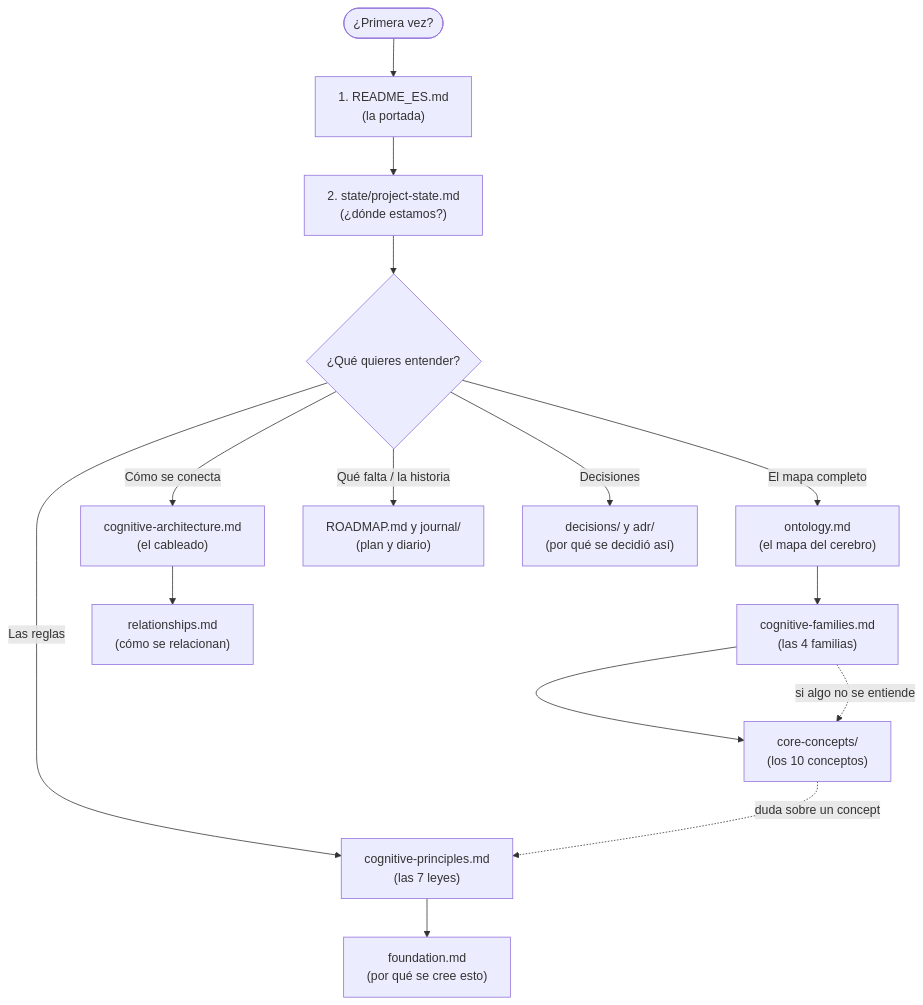
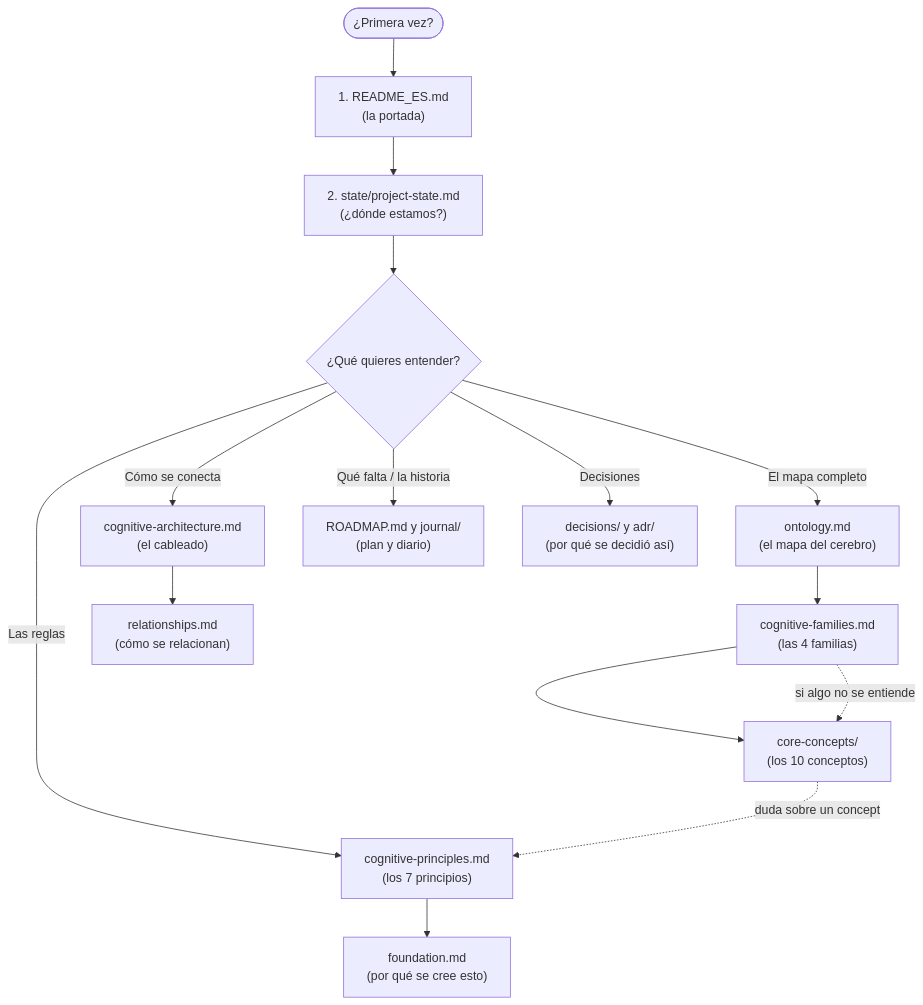
The second of 2 diagrams in MANUAL-DE-USUARIO.md (danielcba/company-os), drawn with Mermaid before and after one commit. The commit also changed other lines of this file and 20 other files, not shown here.

````diff
--- a/MANUAL-DE-USUARIO.md
+++ b/MANUAL-DE-USUARIO.md
@@ -167,23 +167,23 @@
 ```mermaid
 flowchart TD
     START(["¿Primera vez?"]) --> A["1. README_ES.md<br/>(la portada)"]
     A --> B["2. state/project-state.md<br/>(¿dónde estamos?)"]
     B --> C{"¿Qué quieres entender?"}
 
     C -->|"El mapa completo"| D["ontology.md<br/>(el mapa del cerebro)"]
     D --> E["cognitive-families.md<br/>(las 4 familias)"]
     E --> F["core-concepts/<br/>(los 10 conceptos)"]
 
-    C -->|"Las reglas"| G["cognitive-principles.md<br/>(las 7 leyes)"]
+    C -->|"Las reglas"| G["cognitive-principles.md<br/>(los 7 principios)"]
     G --> H["foundation.md<br/>(por qué se cree esto)"]
 
     C -->|"Cómo se conecta"| I["cognitive-architecture.md<br/>(el cableado)"]
     I --> J["relationships.md<br/>(cómo se relacionan)"]
 
     C -->|"Qué falta / la historia"| K["ROADMAP.md y journal/<br/>(plan y diario)"]
 
     C -->|"Decisiones"| L["decisions/ y adr/<br/>(por qué se decidió así)"]
 
     E -.si algo no se entiende.-> F
     F -.duda sobre un concepto.-> G
 ```
````
